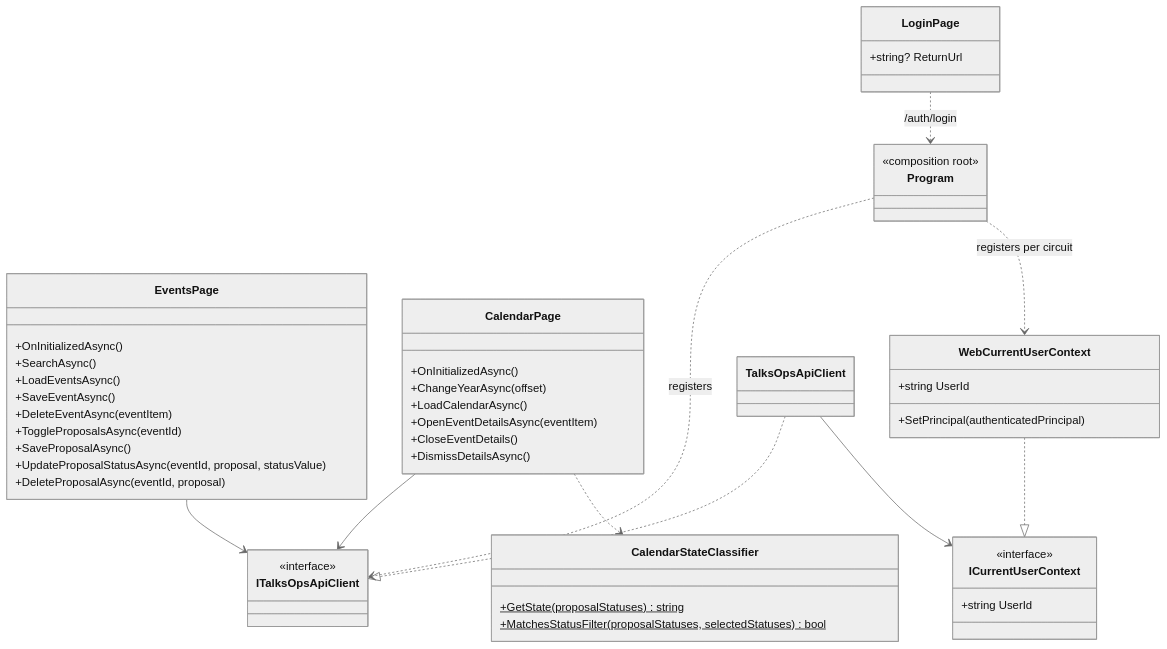
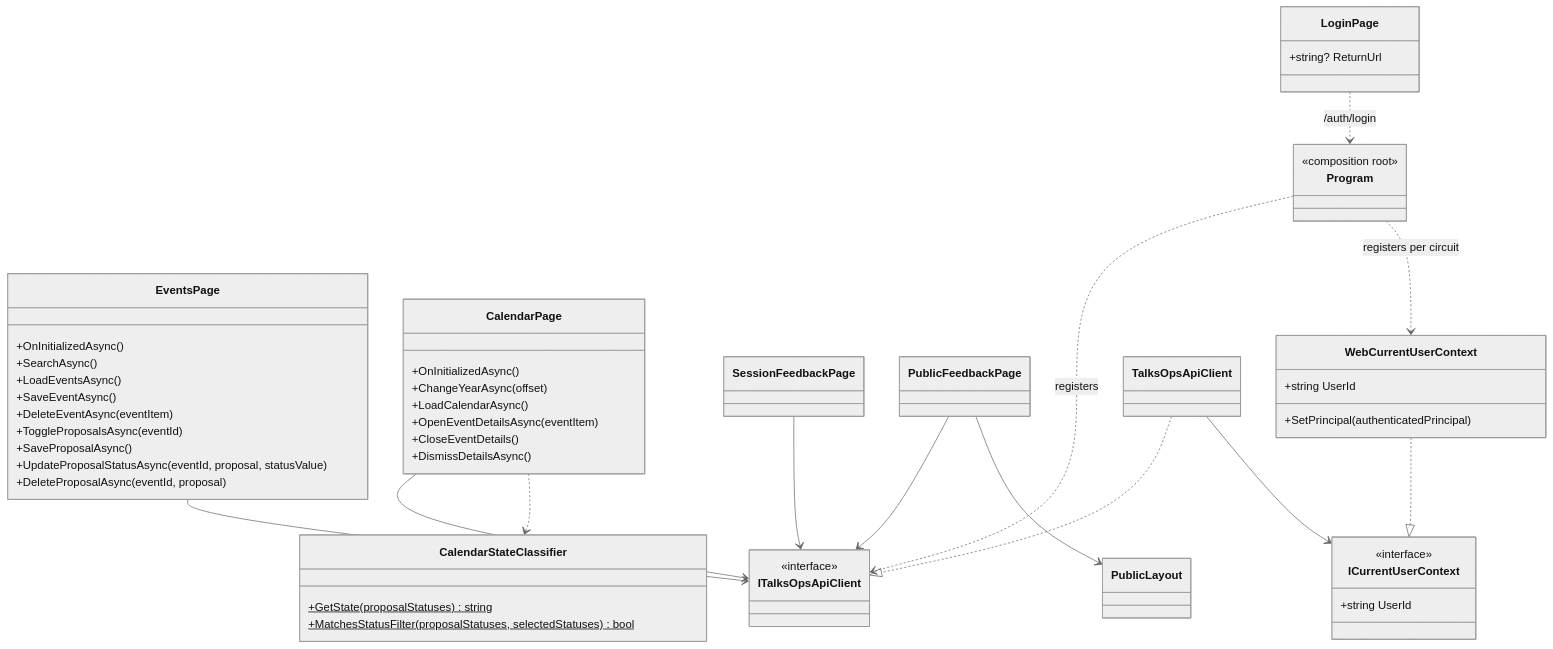
One commit to massimobonanni/TalksOps changed the diagram in src/TalksOps.Web/README.md. Above: the diagram before and after it, drawn with Mermaid (neutral theme). The commit also changed other lines of this file and 59 other files, not shown here.

First line of the commit message:
Add unit tests for public feedback and session feedback components

````diff
--- a/src/TalksOps.Web/README.md
+++ b/src/TalksOps.Web/README.md
@@ -7,54 +7,60 @@
 ```mermaid
 classDiagram
     class Program {
         <<composition root>>
     }
     class EventsPage {
         +OnInitializedAsync()
         +SearchAsync()
         +LoadEventsAsync()
         +SaveEventAsync()
         +DeleteEventAsync(eventItem)
         +ToggleProposalsAsync(eventId)
         +SaveProposalAsync()
         +UpdateProposalStatusAsync(eventId, proposal, statusValue)
         +DeleteProposalAsync(eventId, proposal)
     }
     class CalendarPage {
         +OnInitializedAsync()
         +ChangeYearAsync(offset)
         +LoadCalendarAsync()
         +OpenEventDetailsAsync(eventItem)
         +CloseEventDetails()
         +DismissDetailsAsync()
     }
     class LoginPage {
         +string? ReturnUrl
     }
+    class SessionFeedbackPage
+    class PublicFeedbackPage
+    class PublicLayout
     class WebCurrentUserContext {
         +string UserId
         +SetPrincipal(authenticatedPrincipal)
     }
     class ICurrentUserContext {
         <<interface>>
         +string UserId
     }
     class ITalksOpsApiClient {
         <<interface>>
     }
     class TalksOpsApiClient
     class CalendarStateClassifier {
         +GetState(proposalStatuses)$ string
         +MatchesStatusFilter(proposalStatuses, selectedStatuses)$ bool
     }
 
     Program ..> ITalksOpsApiClient : registers
     Program ..> WebCurrentUserContext : registers per circuit
     WebCurrentUserContext ..|> ICurrentUserContext
     TalksOpsApiClient ..|> ITalksOpsApiClient
     TalksOpsApiClient --> ICurrentUserContext
     EventsPage --> ITalksOpsApiClient
     CalendarPage --> ITalksOpsApiClient
+    SessionFeedbackPage --> ITalksOpsApiClient
+    PublicFeedbackPage --> ITalksOpsApiClient
+    PublicFeedbackPage --> PublicLayout
     CalendarPage ..> CalendarStateClassifier
     LoginPage ..> Program : /auth/login
 ```
````
